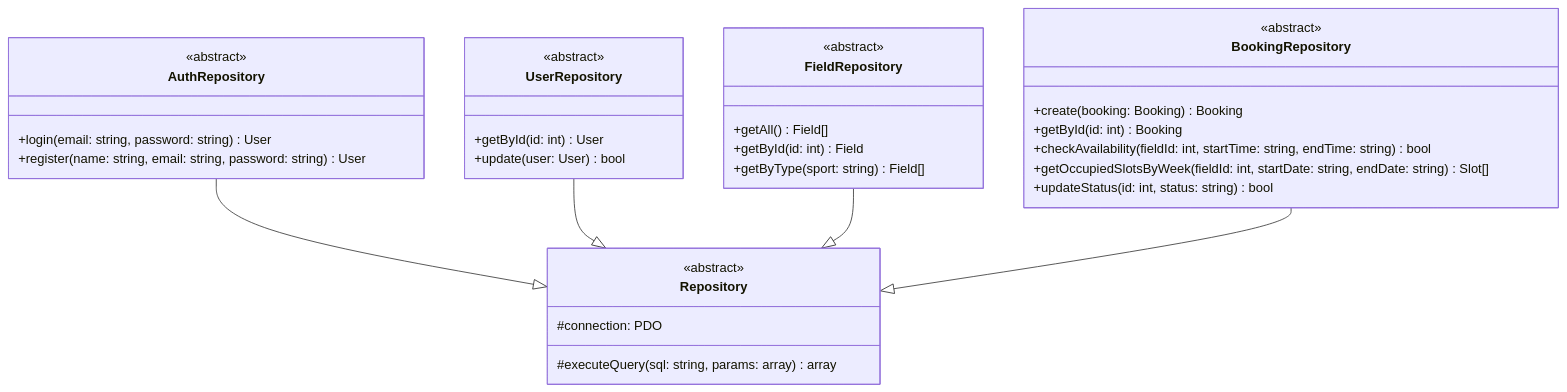
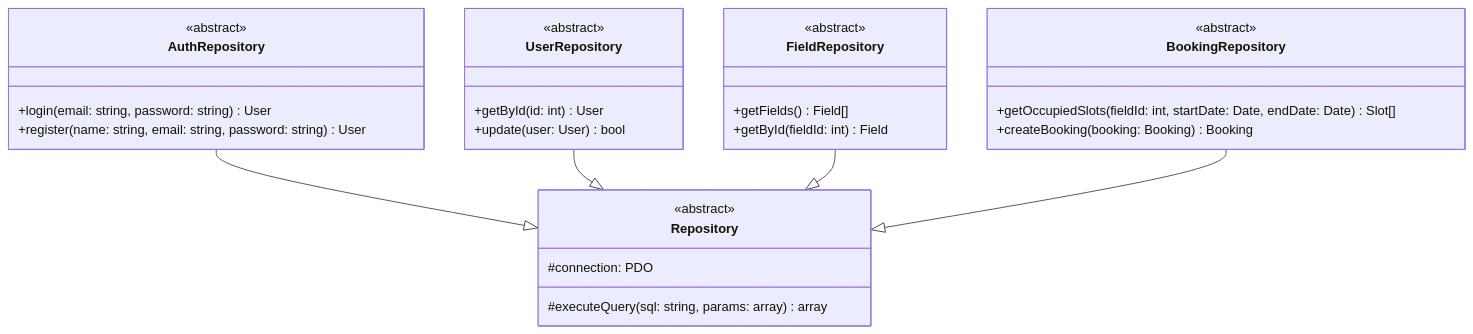
One commit to mb4dev/progetto-prova changed the second of 3 diagrams in documentazione/architettura_base/Repository.md. Above: the diagram before and after it, drawn with Mermaid. The commit also changed other lines of this file and 12 other files, not shown here.

````diff
--- a/documentazione/architettura_base/Repository.md
+++ b/documentazione/architettura_base/Repository.md
@@ -33,41 +33,40 @@
 ```mermaid
 classDiagram
 class Repository {
     <<abstract>>
     #connection: PDO
     #executeQuery(sql: string, params: array) array
 }
 
 class AuthRepository {
     <<abstract>>
     +login(email: string, password: string) User
     +register(name: string, email: string, password: string) User
 }
 
 class UserRepository {
     <<abstract>>
     +getById(id: int) User
     +update(user: User) bool
 }
 
+
 class FieldRepository {
     <<abstract>>
-    +getAll() Field[]
-    +getById(id: int) Field
-    +getByType(sport: string) Field[]
+    +getFields() Field[]
+    +getById(fieldId: int) Field
 }
 
 class BookingRepository {
     <<abstract>>
-    +create(booking: Booking) Booking
-    +getById(id: int) Booking
-    +checkAvailability(fieldId: int, startTime: string, endTime: string) bool
-    +getOccupiedSlotsByWeek(fieldId: int, startDate: string, endDate: string) Slot[]
-    +updateStatus(id: int, status: string) bool
+	+getOccupiedSlots(fieldId: int, startDate: Date, endDate: Date) Slot[]
+    +createBooking(booking: Booking) Booking
 }
+
+
 
 AuthRepository --|> Repository
 UserRepository --|> Repository
 FieldRepository --|> Repository
 BookingRepository --|> Repository
 ```
````
